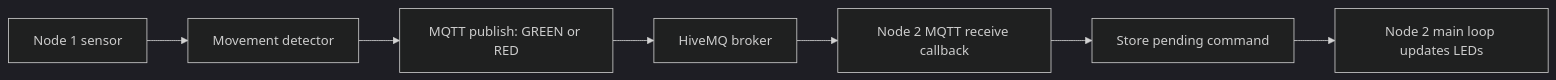
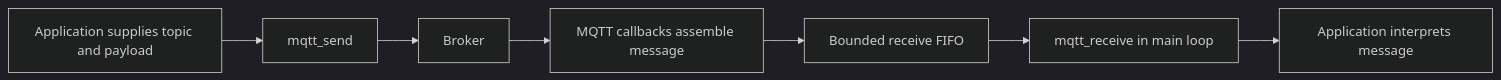
The diagram in README.md (Candy-Sama/INF2004_G4_LEDWallMemoryGame), drawn with Mermaid (dark theme) before and after one commit. The commit also changed other lines of this file and 12 other files, not shown here.

````diff
--- a/README.md
+++ b/README.md
@@ -19,9 +115,9 @@
 ```mermaid
 flowchart LR
-    S[Node 1 sensor] --> D[Movement detector]
-    D --> P[MQTT publish: GREEN or RED]
-    P --> B[HiveMQ broker]
-    B --> R[Node 2 MQTT receive callback]
-    R --> C[Store pending command]
-    C --> L[Node 2 main loop updates LEDs]
+    A[Application supplies topic and payload] --> B[mqtt_send]
+    B --> C[Broker]
+    C --> D[MQTT callbacks assemble message]
+    D --> E[Bounded receive FIFO]
+    E --> F[mqtt_receive in main loop]
+    F --> G[Application interprets message]
 ```
````
